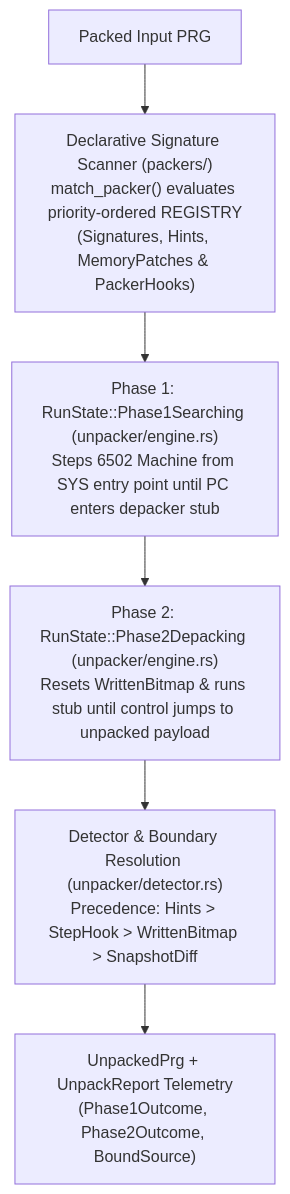
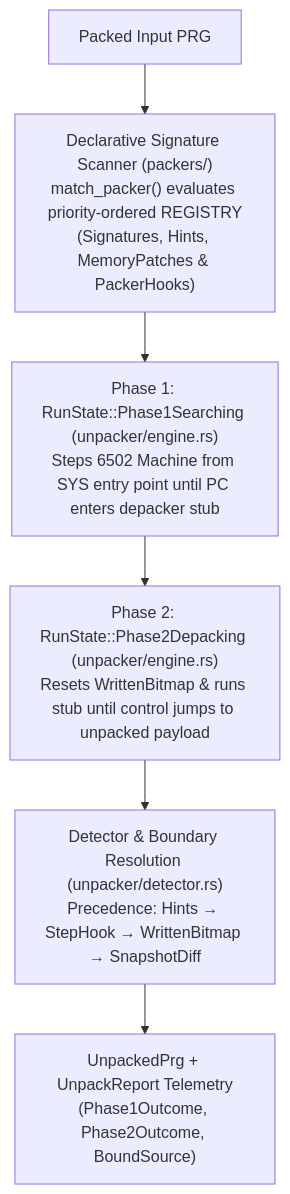
Before and after one commit to ricardoquesada/regenerator2000: the sixth of 11 diagrams in docs/architecture.md, drawn with Mermaid. The commit also changed other lines of this file, not shown here.

First line of the commit message:
Fix Mermaid v11 syntax errors and replace MathJax in architecture docs

````diff
--- a/docs/architecture.md
+++ b/docs/architecture.md
@@ -393,11 +393,11 @@
 ```mermaid
 flowchart TB
     Input["Packed Input PRG"]
     Scanner["Declarative Signature Scanner (packers/)<br/>match_packer() evaluates priority-ordered REGISTRY<br/>(Signatures, Hints, MemoryPatches & PackerHooks)"]
     Phase1["Phase 1: RunState::Phase1Searching (unpacker/engine.rs)<br/>Steps 6502 Machine from SYS entry point until PC enters depacker stub"]
     Phase2["Phase 2: RunState::Phase2Depacking (unpacker/engine.rs)<br/>Resets WrittenBitmap & runs stub until control jumps to unpacked payload"]
-    Detector["Detector & Boundary Resolution (unpacker/detector.rs)<br/>Precedence: Hints #gt; StepHook #gt; WrittenBitmap #gt; SnapshotDiff"]
+    Detector["Detector & Boundary Resolution (unpacker/detector.rs)<br/>Precedence: Hints → StepHook → WrittenBitmap → SnapshotDiff"]
     Output["UnpackedPrg + UnpackReport Telemetry<br/>(Phase1Outcome, Phase2Outcome, BoundSource)"]
 
     Input --> Scanner --> Phase1 --> Phase2 --> Detector --> Output
 ```
````
